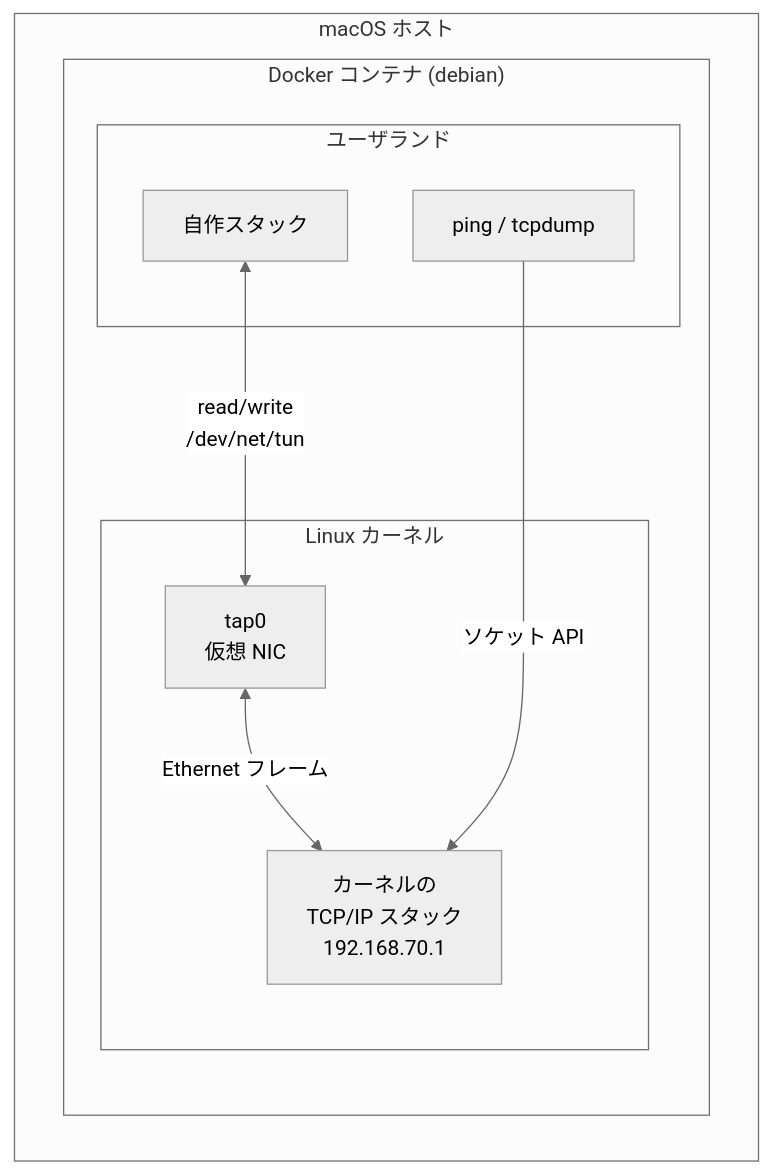
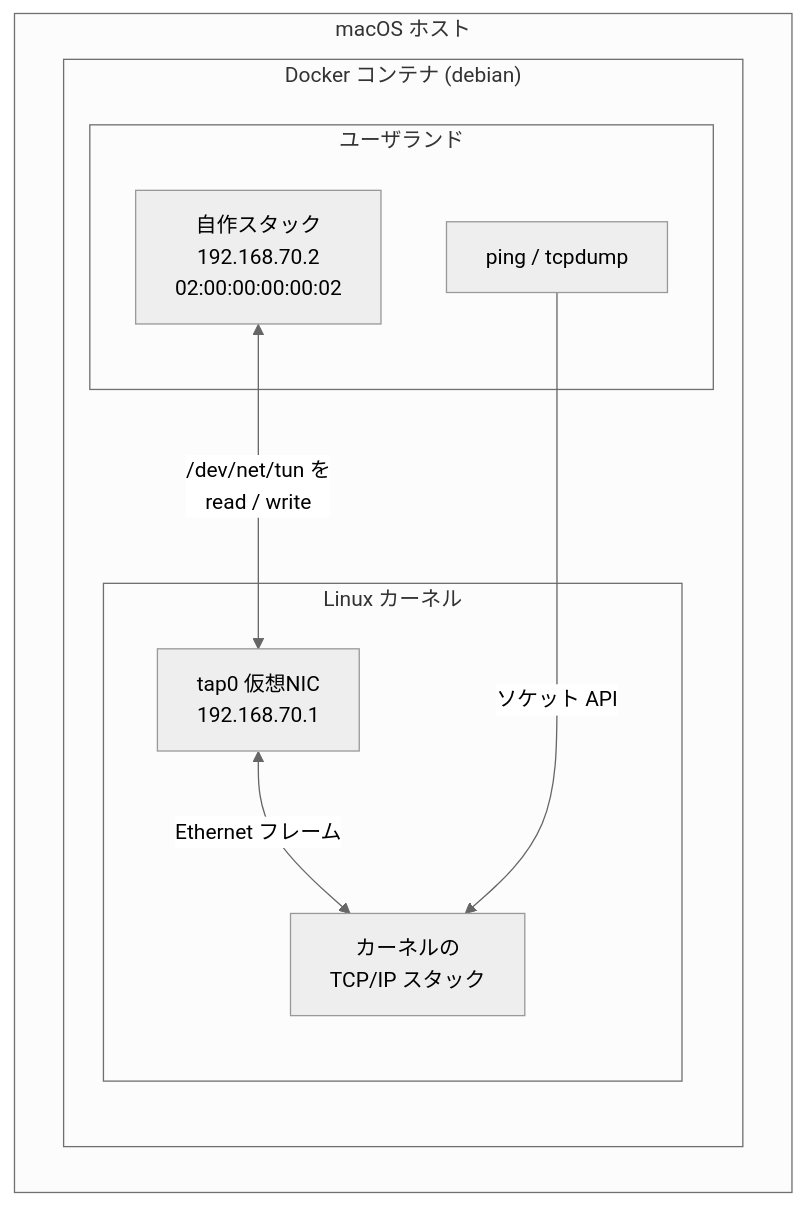
Before and after one commit to JauneBrillant/tcpipz: the first of 2 diagrams in README.md, drawn with Mermaid (neutral theme). The commit also changed other lines of this file, not shown here.

Commit message:
README: 実行環境の図に IP アドレスの所在を明記
192.168.70.2 を自作スタックのノードに、192.168.70.1 を tap0 のノードに置く。
IP はインターフェースが持つものなので、カーネルの TCP/IP スタックではなく
tap0 側が正しい。

2 つのアドレスの性質の違い（カーネルが付与したものと、プログラムが
コード内で自称しているだけのもの）を箇条書きに追加。

````diff
--- a/README.md
+++ b/README.md
@@ -7,19 +7,19 @@
 ```mermaid
 flowchart TB
     subgraph host["macOS ホスト"]
         subgraph container["Docker コンテナ (debian)"]
             subgraph user["ユーザランド"]
-                prog["自作スタック"]
+                prog["自作スタック<br/>192.168.70.2<br/>02:00:00:00:00:02"]
                 tools["ping / tcpdump"]
             end
             subgraph kernel["Linux カーネル"]
-                netstack["カーネルの<br/>TCP/IP スタック<br/>192.168.70.1"]
-                tap["tap0<br/>仮想 NIC"]
+                netstack["カーネルの<br/>TCP/IP スタック"]
+                tap["tap0 仮想NIC<br/>192.168.70.1"]
             end
         end
     end
 
-    prog <-->|"read/write<br/>/dev/net/tun"| tap
+    prog <-->|"/dev/net/tun を<br/>read / write"| tap
     tap <-->|"Ethernet フレーム"| netstack
     tools -->|"ソケット API"| netstack
 ```
````
